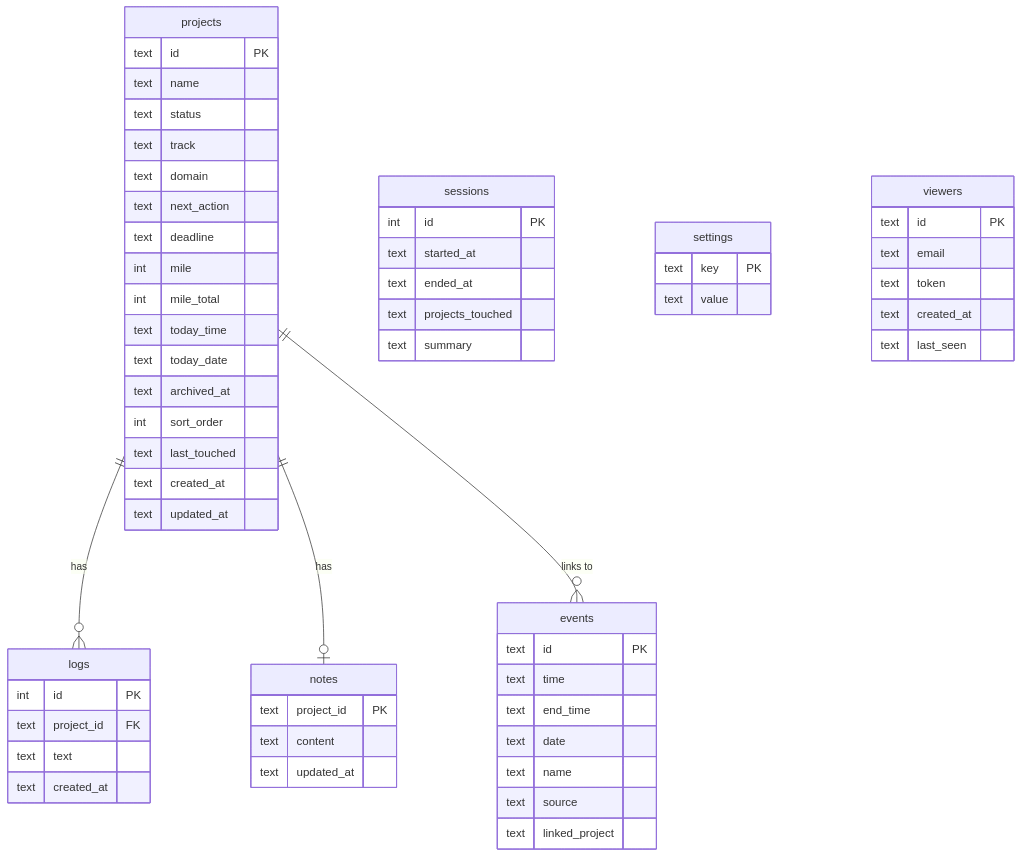
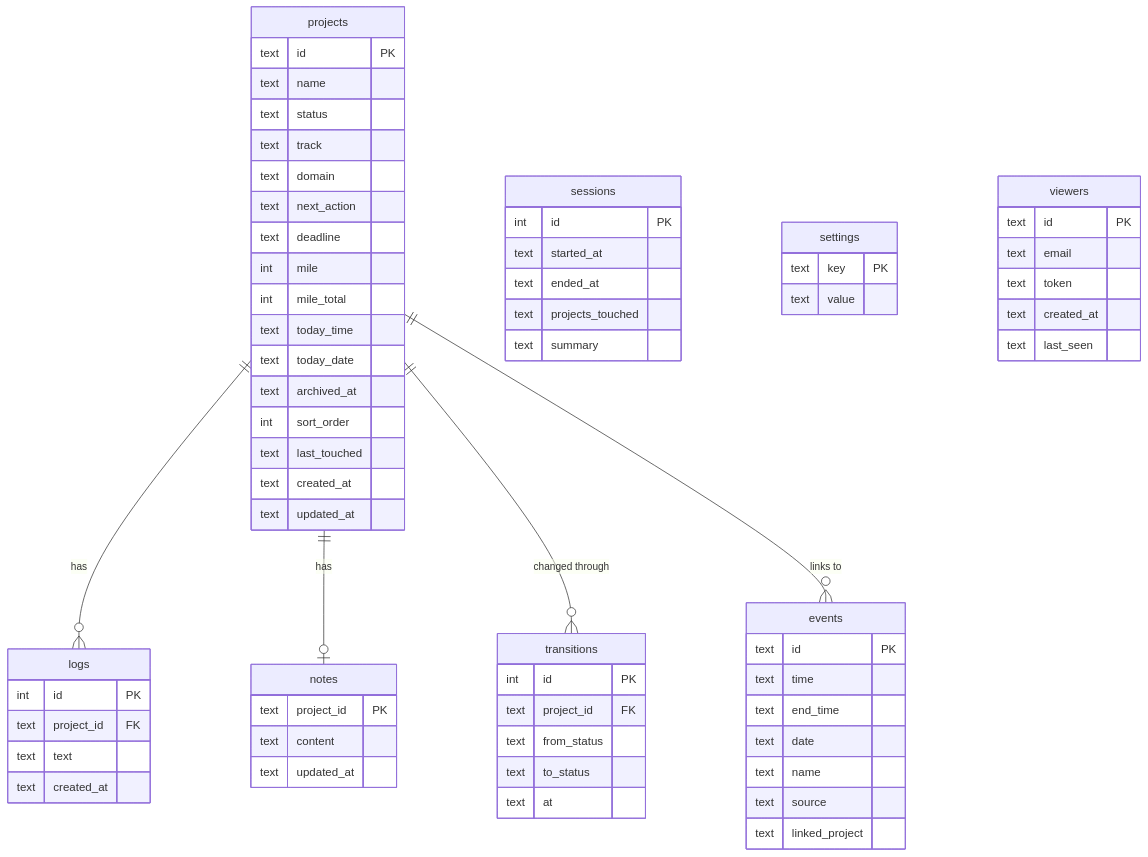
The fourth of 4 diagrams in docs/ARCHITECTURE.md (JosephOIbrahim/Slit-Flap), drawn with Mermaid before and after one commit. The commit also changed other lines of this file and 2 other files, not shown here.

Commit message:
Status history: record transitions on the server
list_projects returned `history: []`, and the browser built its own
array on each status change. The "N transitions" count reset on every
reload, so the evidence-of-progress data only existed until the page
refreshed.

- Migration 5 creates `transitions` (project, from, to, at) with an index
  on project and time.
- update_project records a row when the status actually changes, in the
  same transaction as the update; other edits and same-status saves add
  nothing.
- list_projects returns each project's real history, in order, including
  for archived cards; restore keeps it.
- The browser's optimistic entry still shows immediately; the server's
  rows replace it on reload.

Tests: status change recorded, other edits ignored, ordered history over
reloads, archive keeps it, migration 5 creates the table.

````diff
--- a/docs/ARCHITECTURE.md
+++ b/docs/ARCHITECTURE.md
@@ -54,62 +54,70 @@
 ```mermaid
 erDiagram
     projects {
         text id PK
         text name
         text status
         text track
         text domain
         text next_action
         text deadline
         int mile
         int mile_total
         text today_time
         text today_date
         text archived_at
         int sort_order
         text last_touched
         text created_at
         text updated_at
     }
     logs {
         int id PK
         text project_id FK
         text text
         text created_at
     }
     notes {
         text project_id PK
         text content
         text updated_at
     }
     events {
         text id PK
         text time
         text end_time
         text date
         text name
         text source
         text linked_project
     }
+    transitions {
+        int id PK
+        text project_id FK
+        text from_status
+        text to_status
+        text at
+    }
     sessions {
         int id PK
         text started_at
         text ended_at
         text projects_touched
         text summary
     }
     settings {
         text key PK
         text value
     }
     viewers {
         text id PK
         text email
         text token
         text created_at
         text last_seen
     }
     projects ||--o{ logs : "has"
     projects ||--o| notes : "has"
+    projects ||--o{ transitions : "changed through"
     projects ||--o{ events : "links to"
 ```
````
